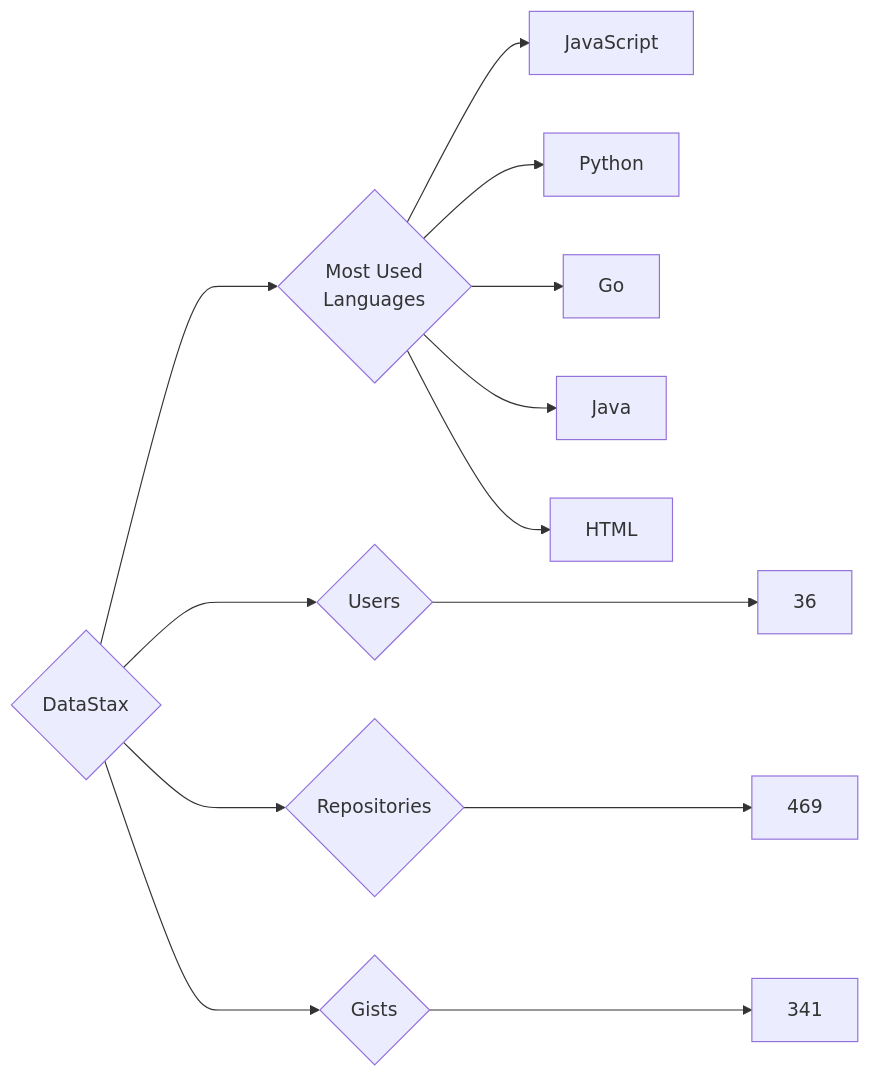
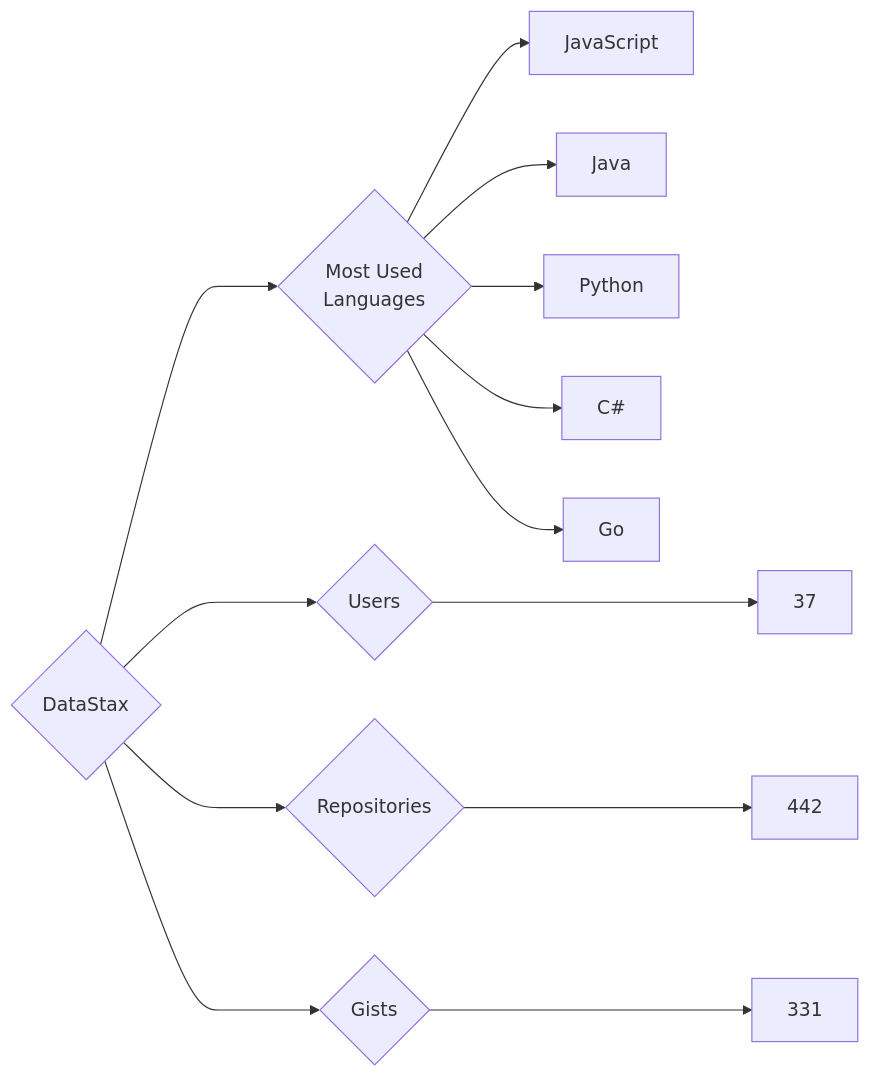
Before and after one commit to trickest/insiders: the diagram in targets/DataStax/README.md, drawn with Mermaid. The commit also changed 882 other files, not shown here.

````diff
--- a/targets/DataStax/README.md
+++ b/targets/DataStax/README.md
@@ -3,13 +3,13 @@
 ```mermaid
 graph LR
 COMPANY_NAME{DataStax}
-COMPANY_NAME ---> U{Users} ---> UN[36]
-COMPANY_NAME ---> R{Repositories} ---> RN[469]
-COMPANY_NAME ---> G{Gists} ---> GN[341]
+COMPANY_NAME ---> U{Users} ---> UN[37]
+COMPANY_NAME ---> R{Repositories} ---> RN[442]
+COMPANY_NAME ---> G{Gists} ---> GN[331]
 COMPANY_NAME ---> ML{Most Used<br>Languages}
 ML --> JavaScript[JavaScript]
+ML --> Java[Java]
 ML --> Python[Python]
+ML --> C#[C#]
 ML --> Go[Go]
-ML --> Java[Java]
-ML --> HTML[HTML]
 ```
````
